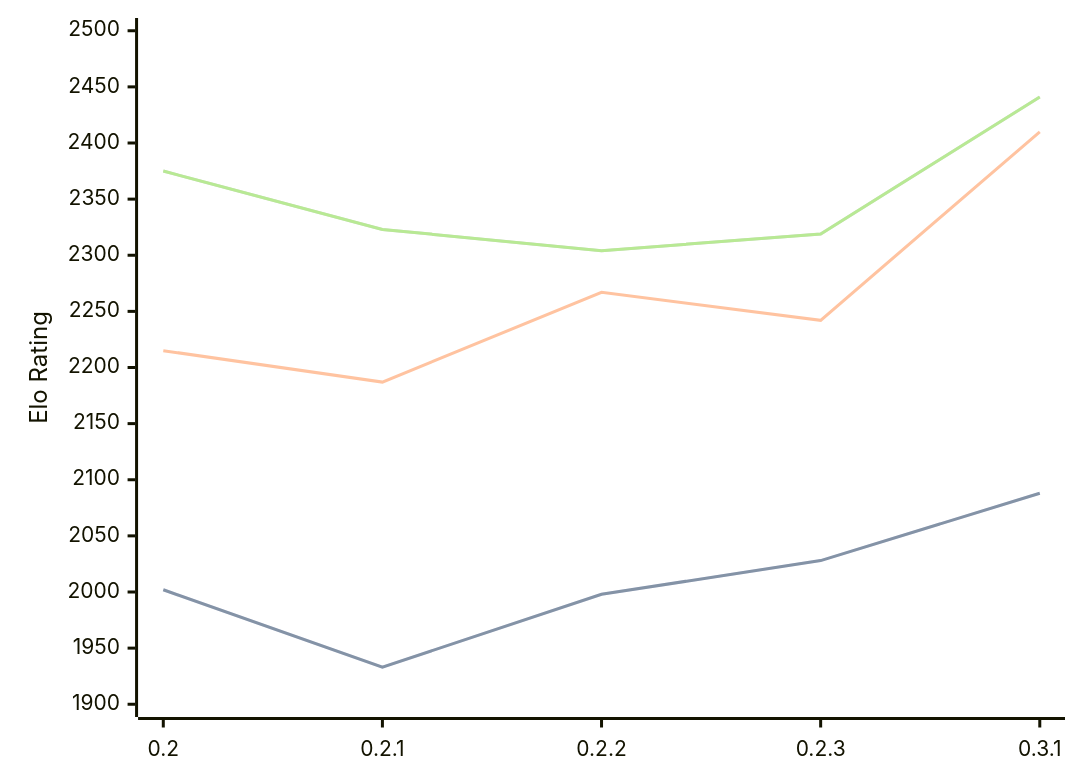
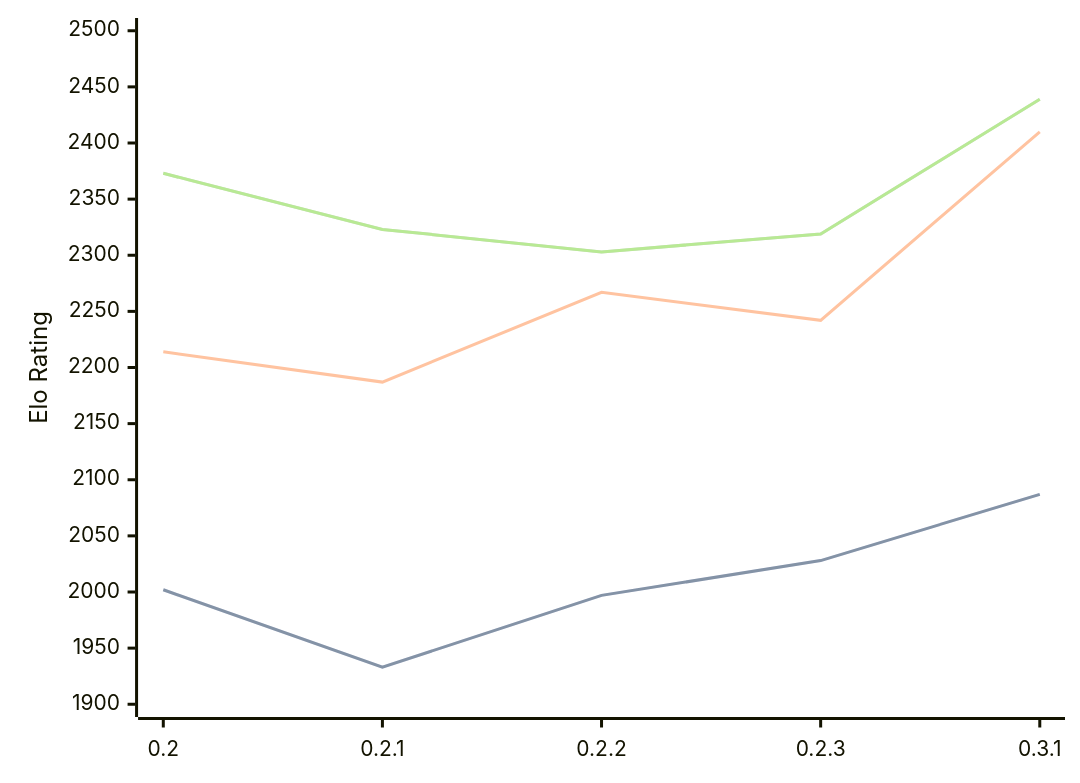
The diagram in engines/Lolbot.md (computer-chess-index/cci), drawn with Mermaid before and after one commit. The commit also changed other lines of this file, not shown here.

Commit message:
Update CCI Ratings (ELO VLTC) - 2026-10-01

````diff
--- a/engines/Lolbot.md
+++ b/engines/Lolbot.md
@@ -35,11 +35,11 @@
 ```mermaid
 %%{init: {"theme":"base","themeVariables":{"seriesColors:['#a3a3a3','#222221','#faa371']}}}%%
 xychart-beta
   x-axis ["0.2", "0.2.1", "0.2.2", "0.2.3", "0.3.1"]
   y-axis "Elo Rating" 1900 --> 2500
-  line "" [2002, 1933, 1998, 2028, 2088]
-  line "STC (8.0+0.08s)" [2002, 1933, 1998, 2028, 2088]
-  line "LTC (60.0+0.60s)" [2215, 2187, 2267, 2242, 2410]
-  line "" [2375, 2323, 2304, 2319, 2441]
-  line "VLTC (2m24s+1.12s)" [2375, 2323, 2304, 2319, 2441]
+  line "" [2002, 1933, 1997, 2028, 2087]
+  line "STC (8.0+0.08s)" [2002, 1933, 1997, 2028, 2087]
+  line "LTC (60.0+0.60s)" [2214, 2187, 2267, 2242, 2410]
+  line "" [2373, 2323, 2303, 2319, 2439]
+  line "VLTC (2m24s+1.12s)" [2373, 2323, 2303, 2319, 2439]
 ```
````
